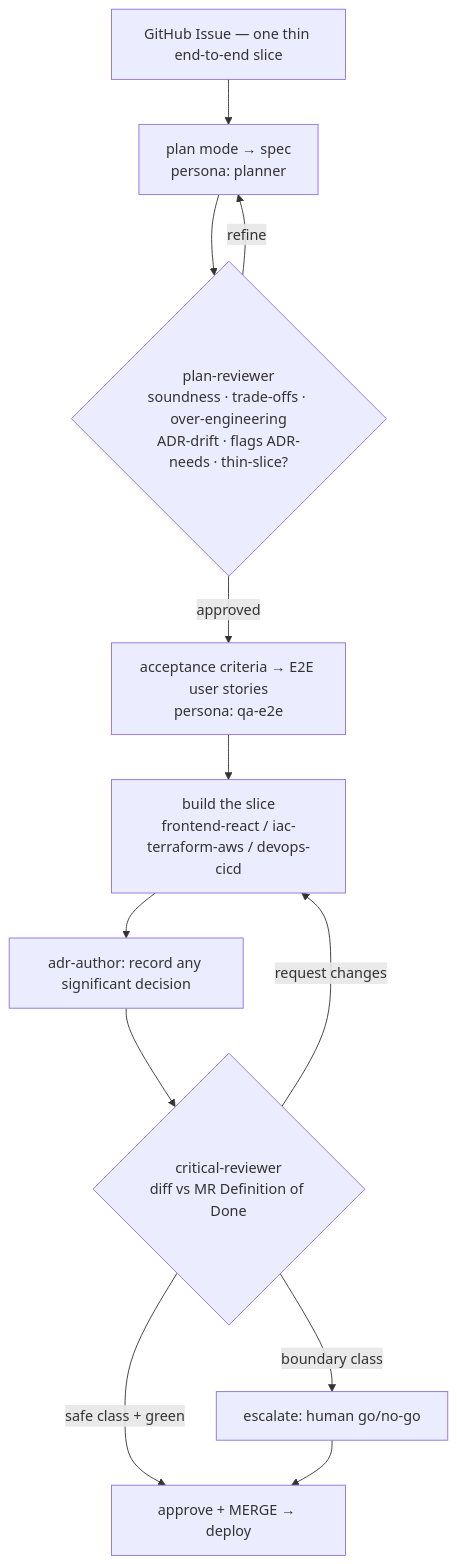
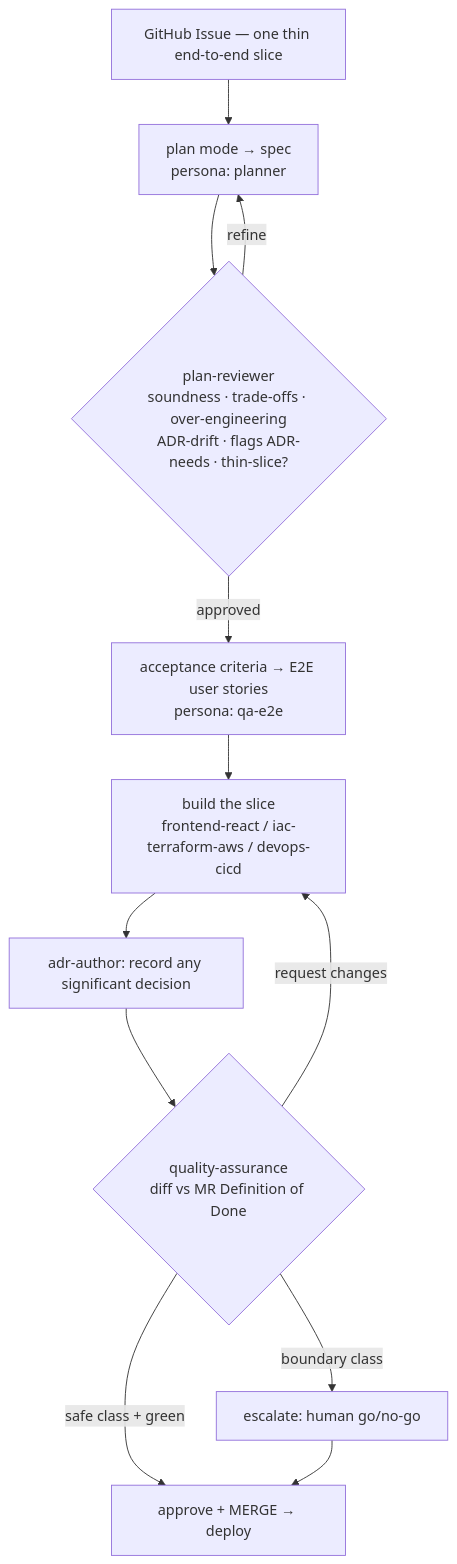
One commit to tedeuxx/tadeumendonca-skills changed the diagram in docs/proposals/agentic-dev-loop.md. Above: the diagram before and after it, drawn with Mermaid. The commit also changed other lines of this file and 28 other files, not shown here.

````diff
--- a/docs/proposals/agentic-dev-loop.md
+++ b/docs/proposals/agentic-dev-loop.md
@@ -82,14 +82,14 @@
 ```mermaid
 flowchart TD
   I[GitHub Issue — one thin end-to-end slice] --> P[plan mode → spec<br/>persona: planner]
   P --> PR{plan-reviewer<br/>soundness · trade-offs · over-engineering<br/>ADR-drift · flags ADR-needs · thin-slice?}
   PR -- refine --> P
   PR -- approved --> S[acceptance criteria → E2E user stories<br/>persona: qa-e2e]
   S --> B[build the slice<br/>frontend-react / iac-terraform-aws / devops-cicd]
   B --> ADR[adr-author: record any significant decision]
-  ADR --> CR{critical-reviewer<br/>diff vs MR Definition of Done}
+  ADR --> CR{quality-assurance<br/>diff vs MR Definition of Done}
   CR -- request changes --> B
   CR -- safe class + green --> M[approve + MERGE → deploy]
   CR -- boundary class --> H[escalate: human go/no-go]
   H --> M
 ```
````
